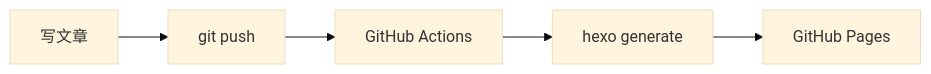
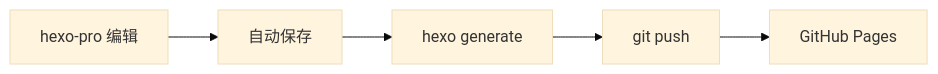
One commit to 2iker/hexo-blog changed the diagram in source/_posts/blog-architecture.md. Above: the diagram before and after it, drawn with Mermaid (base theme). The commit also changed other lines of this file, not shown here.

````diff
--- a/source/_posts/blog-architecture.md
+++ b/source/_posts/blog-architecture.md
@@ -117,7 +142,7 @@
 ```mermaid
 graph LR
-    A[写文章] --> B[git push]
-    B --> C[GitHub Actions]
-    C --> D[hexo generate]
+    A[hexo-pro 编辑] --> B[自动保存]
+    B --> C[hexo generate]
+    C --> D[git push]
     D --> E[GitHub Pages]
 ```
````
